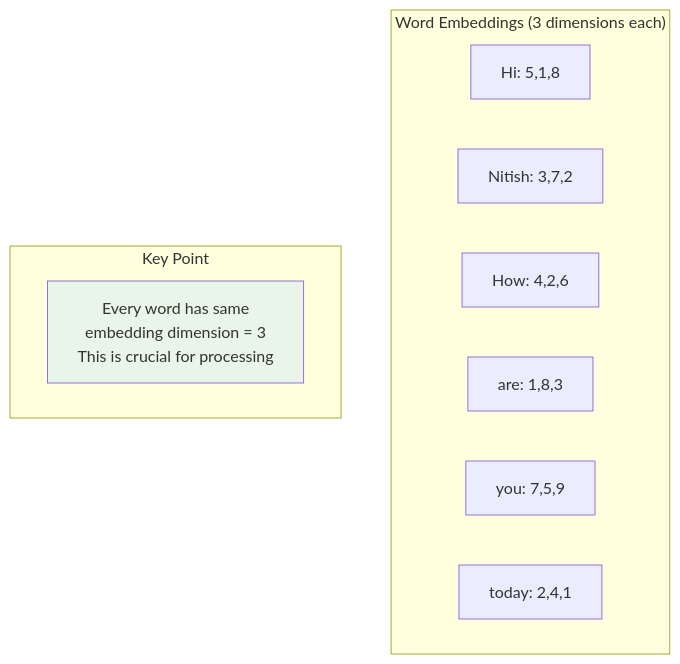
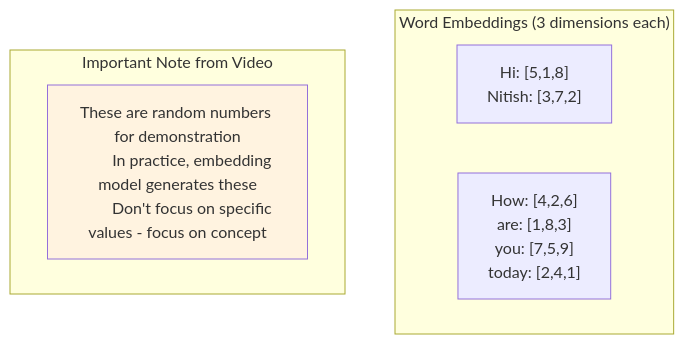
Diagram 11 of 26 in CampusX/100-days-deep-learning/79-layer-normalization-in-transformers.md (Sankhyesh/AI-Learning-Roadmap-2024), drawn with Mermaid before and after one commit. The commit also changed other lines of this file, not shown here.

Commit message:
feat: Enhance normalization documentation with clearer mermaid diagrams and explanations

````diff
--- a/CampusX/100-days-deep-learning/79-layer-normalization-in-transformers.md
+++ b/CampusX/100-days-deep-learning/79-layer-normalization-in-transformers.md
@@ -273,17 +345,19 @@
 ```mermaid
 graph TD
     subgraph "Word Embeddings (3 dimensions each)"
-        A[Hi: 5,1,8]
-        B[Nitish: 3,7,2]
-        C[How: 4,2,6]
-        D[are: 1,8,3]
-        E[you: 7,5,9]
-        F[today: 2,4,1]
+        A["Hi: [5,1,8]
+        Nitish: [3,7,2]"]
+        B["How: [4,2,6]
+        are: [1,8,3]
+        you: [7,5,9]
+        today: [2,4,1]"]
     end
     
-    subgraph "Key Point"
-        G[Every word has same<br/>embedding dimension = 3<br/>This is crucial for processing]
+    subgraph "Important Note from Video"
+        C["These are random numbers for demonstration
+        In practice, embedding model generates these
+        Don't focus on specific values - focus on concept"]
     end
     
-    style G fill:#e8f5e8
+    style C fill:#fff3e0
 ```
````
